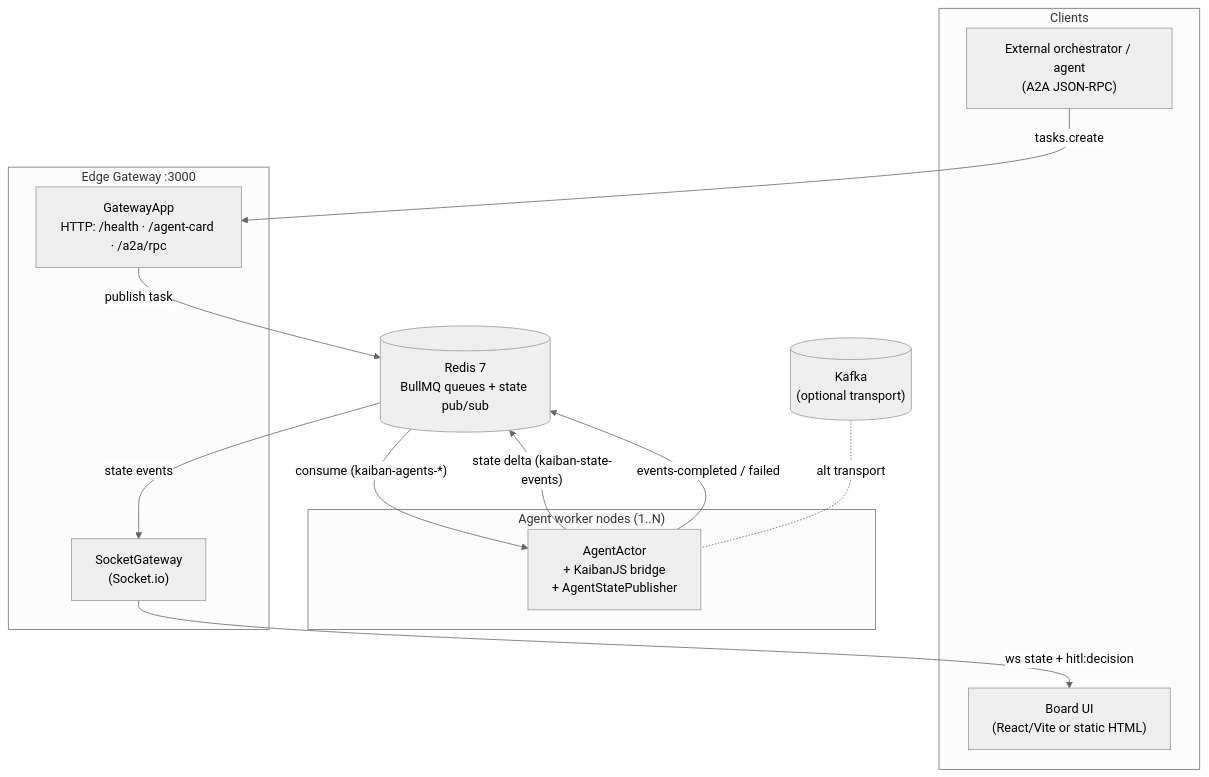
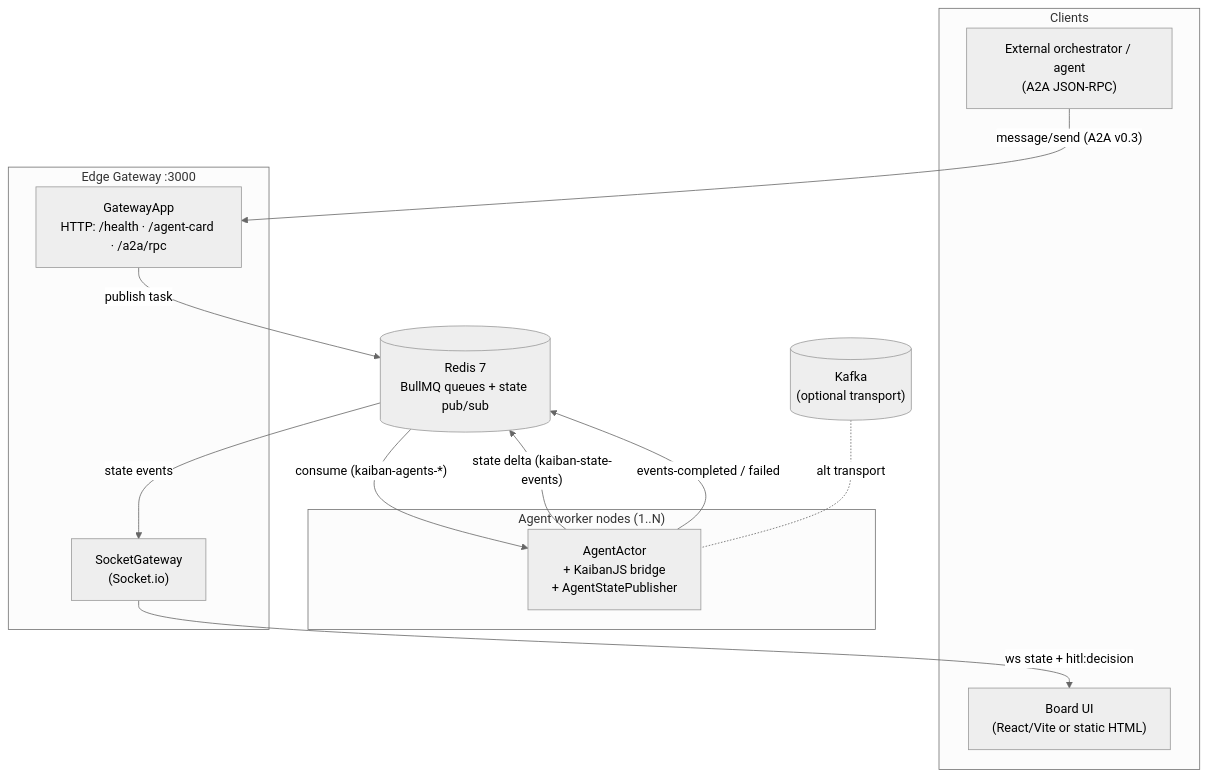
Before and after one commit to andreibesleaga/kaiban-distributed: the first of 4 diagrams in README.md, drawn with Mermaid (neutral theme). The commit also changed other lines of this file and 32 other files, not shown here.

````diff
--- a/README.md
+++ b/README.md
@@ -106,24 +106,24 @@
 ```mermaid
 flowchart TB
   subgraph Clients
     Board["Board UI<br/>(React/Vite or static HTML)"]
     Ext["External orchestrator / agent<br/>(A2A JSON-RPC)"]
   end
   subgraph Gateway["Edge Gateway :3000"]
     GW["GatewayApp<br/>HTTP: /health · /agent-card · /a2a/rpc"]
     SG["SocketGateway<br/>(Socket.io)"]
   end
   Redis[("Redis 7<br/>BullMQ queues + state pub/sub")]
   Kafka[("Kafka<br/>(optional transport)")]
   subgraph Workers["Agent worker nodes (1..N)"]
     A1["AgentActor<br/>+ KaibanJS bridge<br/>+ AgentStatePublisher"]
   end
-  Ext -- "tasks.create" --> GW
+  Ext -- "message/send (A2A v0.3)" --> GW
   GW -- "publish task" --> Redis
   Redis -- "consume (kaiban-agents-*)" --> A1
   Kafka -. "alt transport" .- A1
   A1 -- "state delta (kaiban-state-events)" --> Redis
   A1 -- "events-completed / failed" --> Redis
   Redis -- "state events" --> SG
   SG -- "ws state + hitl:decision" --> Board
 ```
````
